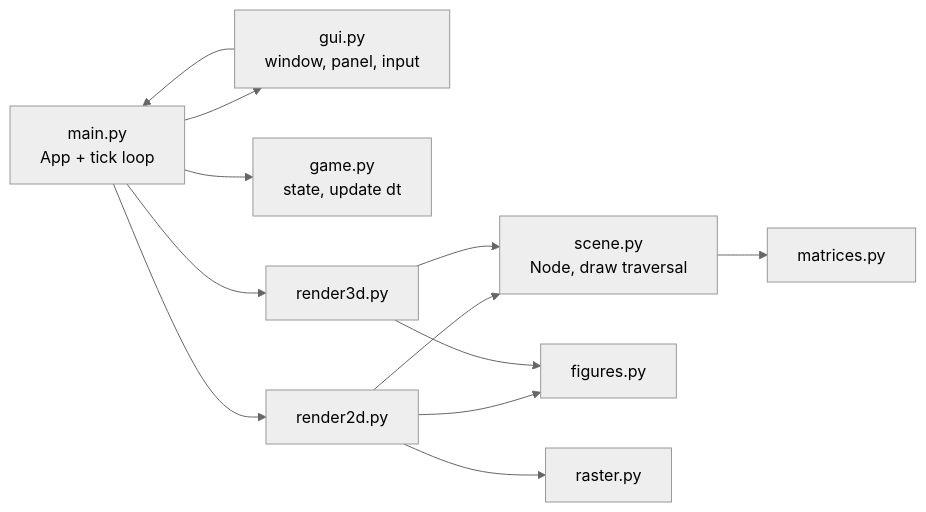
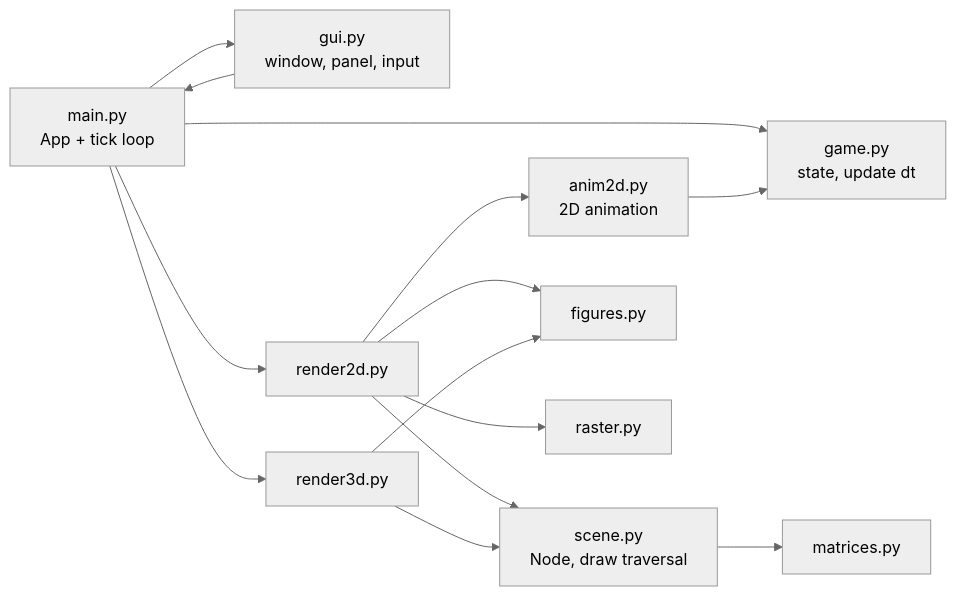
The first of 3 diagrams in docs/HOW_IT_WORKS.md (bilal-feroz/Comp-Graphics-Project), drawn with Mermaid (neutral theme) before and after one commit. The commit also changed other lines of this file and 1 other file, not shown here.

````diff
--- a/docs/HOW_IT_WORKS.md
+++ b/docs/HOW_IT_WORKS.md
@@ -19,14 +19,16 @@
 ```mermaid
 graph LR
     main[main.py<br/>App + tick loop] --> gui[gui.py<br/>window, panel, input]
     main --> game[game.py<br/>state, update dt]
     main --> r2[render2d.py]
     main --> r3[render3d.py]
     gui --> main
+    r2 --> anim[anim2d.py<br/>2D animation]
+    anim --> game
     r2 --> scene[scene.py<br/>Node, draw traversal]
     r3 --> scene
     r2 --> fig[figures.py]
     r3 --> fig
     r2 --> raster[raster.py]
     scene --> mx[matrices.py]
 ```
````
